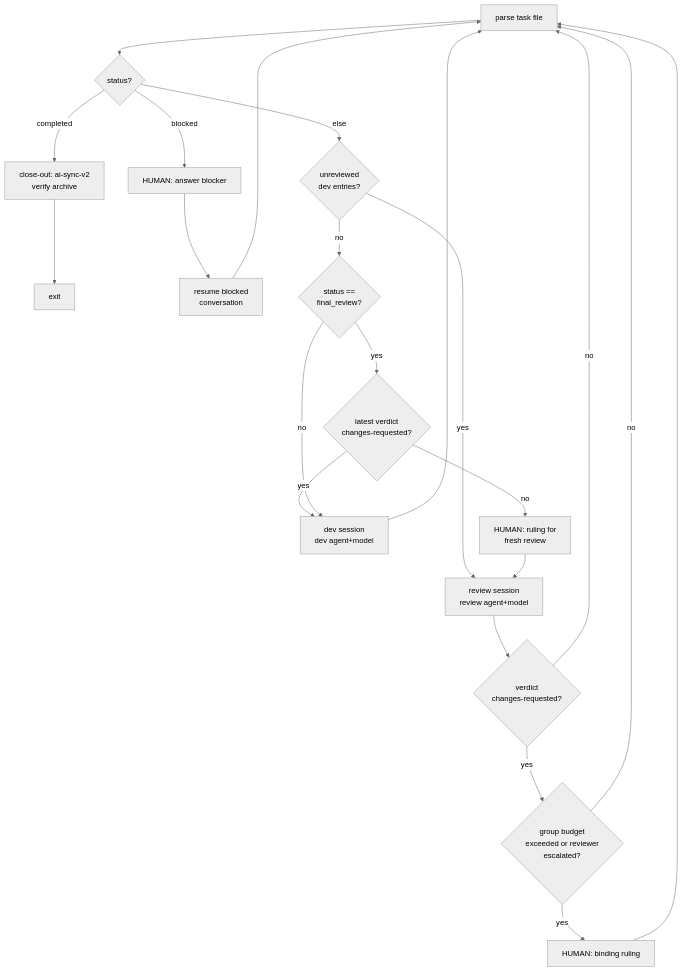
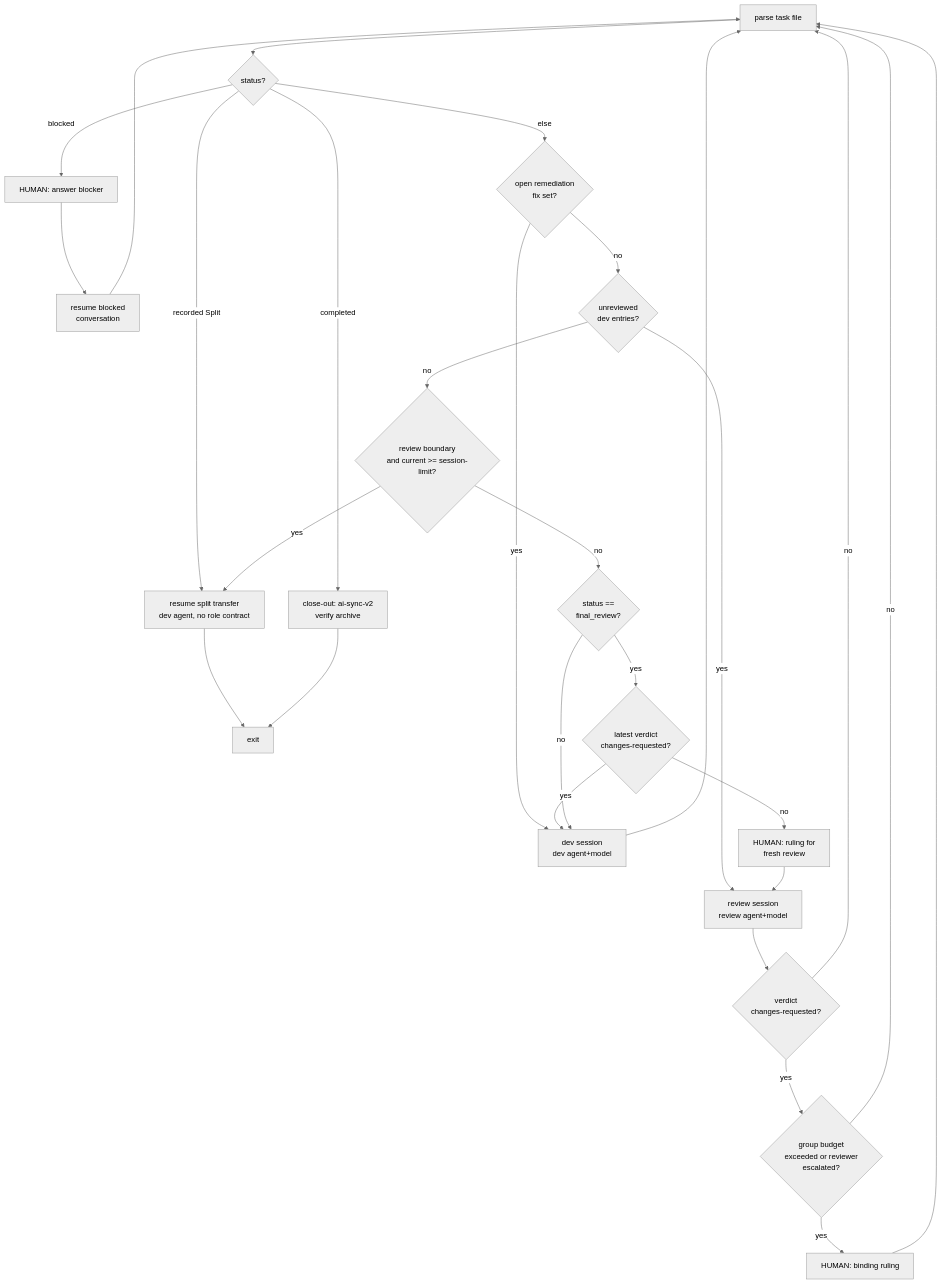
Before and after one commit to qinglin89/mandrel: the diagram in canonical/orchestrator/README.md, drawn with Mermaid (neutral theme). The commit also changed other lines of this file and 21 other files, not shown here.

Commit message:
feat(orchestrator): split over-budget tasks after review

````diff
--- a/canonical/orchestrator/README.md
+++ b/canonical/orchestrator/README.md
@@ -191,17 +191,22 @@
 ```mermaid
 flowchart TD
     P[parse task file] --> C{status?}
+    C -- recorded Split --> S[resume split transfer\ndev agent, no role contract] --> X
     C -- completed --> CO[close-out: ai-sync-v2\nverify archive] --> X[exit]
     C -- blocked --> H[HUMAN: answer blocker] --> R1[resume blocked\nconversation] --> P
-    C -- else --> U{unreviewed\ndev entries?}
+    C -- else --> O{open remediation\nfix set?}
+    O -- yes --> DEV
+    O -- no --> U{unreviewed\ndev entries?}
     U -- yes --> REV[review session\nreview agent+model] --> CV{verdict\nchanges-requested?}
     CV -- no --> P
     CV -- yes --> B{group budget\nexceeded or reviewer\nescalated?}
     B -- no --> P
     B -- yes --> H2[HUMAN: binding ruling] --> P
-    U -- no --> F{status ==\nfinal_review?}
+    U -- no --> L{review boundary\nand current >= session-limit?}
+    L -- yes --> S
+    L -- no --> F{status ==\nfinal_review?}
     F -- yes --> V{latest verdict\nchanges-requested?}
     V -- yes --> DEV
     V -- no --> H3[HUMAN: ruling for\nfresh review] --> REV
     F -- no --> DEV[dev session\ndev agent+model] --> P
 ```
````
